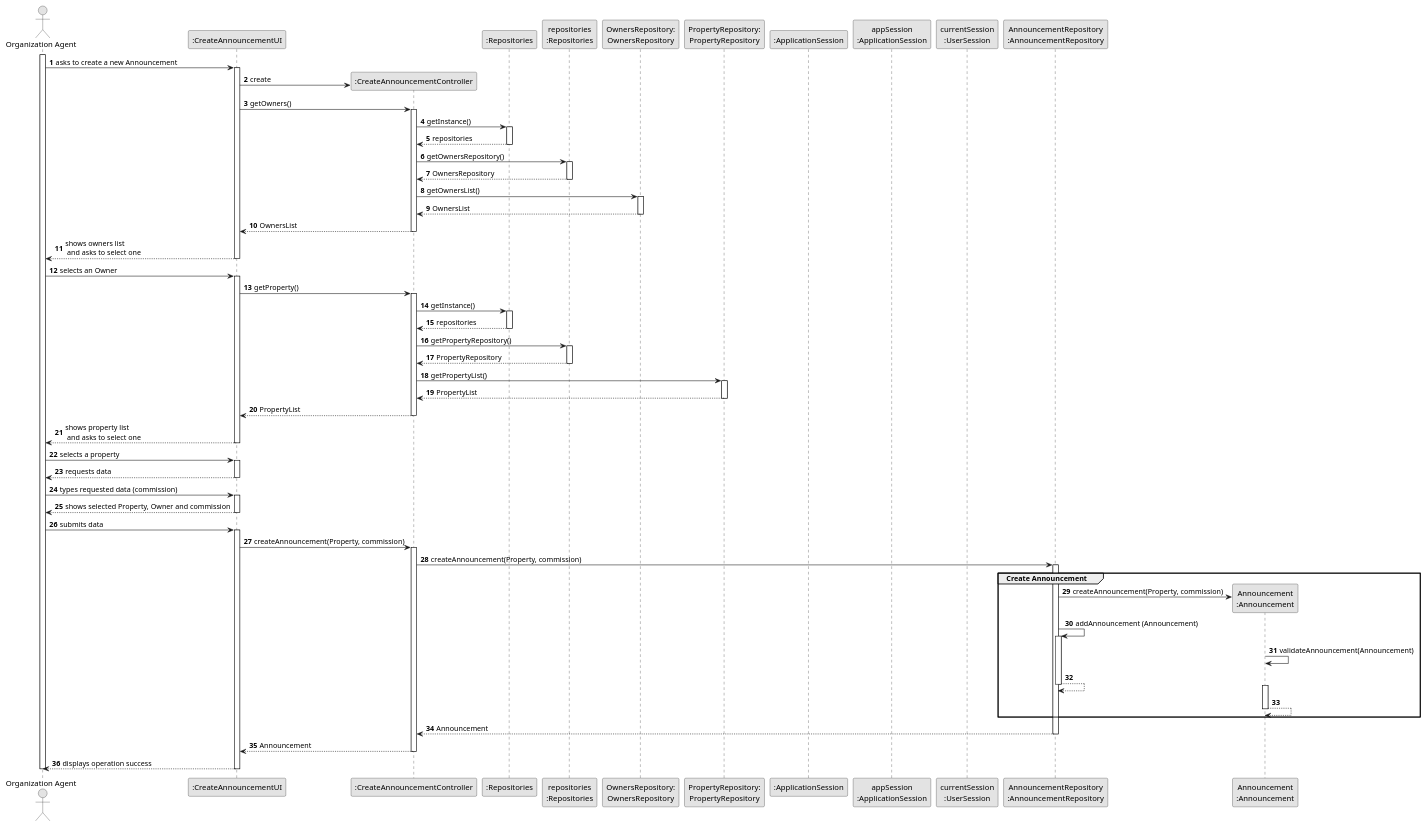
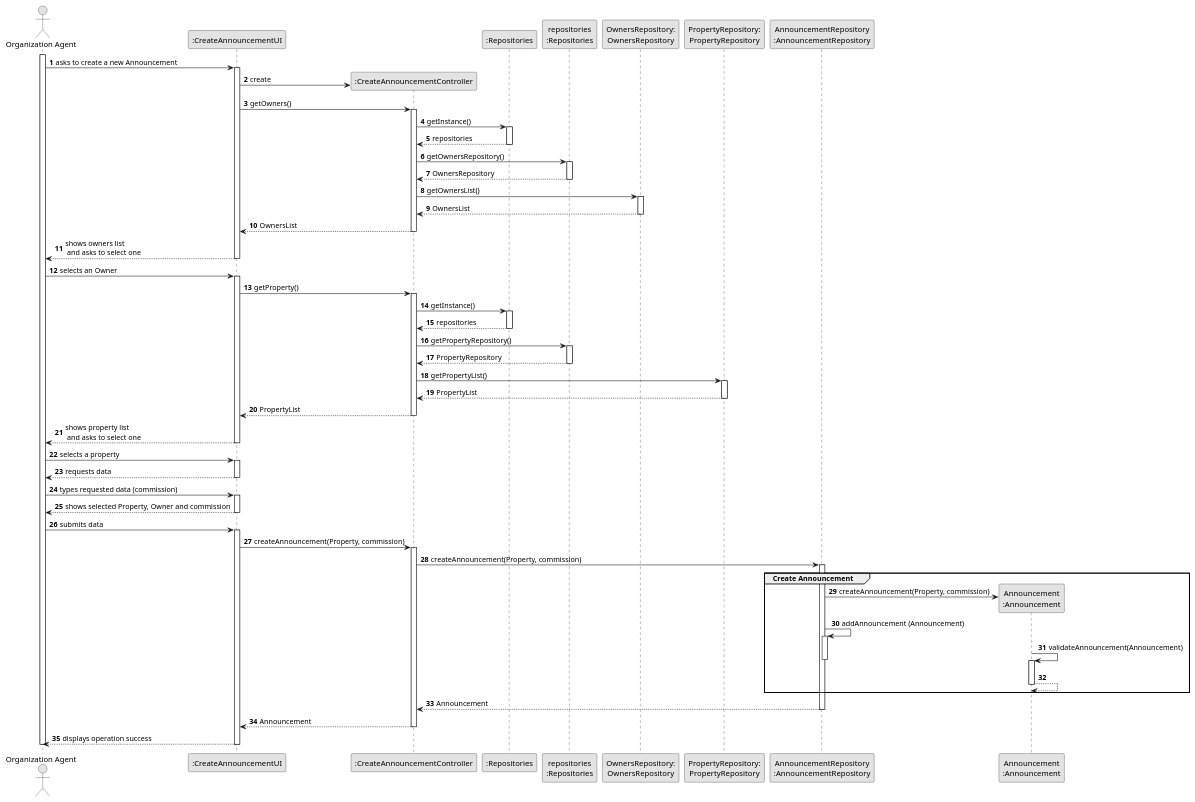
One commit to hugosilva2901/lei-22-s2-1DO-g68 changed the diagram in lei-22-s2-1do-g68/docs/SprintB/us002/03.design/puml/us002-sequence-diagram-full.puml. Above: the diagram before and after it, drawn with PlantUML. The commit also changed 6 other files, not shown here.

```diff
--- a/lei-22-s2-1do-g68/docs/SprintB/us002/03.design/puml/us002-sequence-diagram-full.puml
+++ b/lei-22-s2-1do-g68/docs/SprintB/us002/03.design/puml/us002-sequence-diagram-full.puml
@@ -1,135 +1,133 @@
 @startuml
 skinparam monochrome true
 skinparam packageStyle rectangle
 skinparam shadowing false
 
 autonumber
 
 'hide footbox
 actor "Organization Agent" as ADM
 participant ":CreateAnnouncementUI" as UI
 participant ":CreateAnnouncementController" as CTRL
 participant ":Repositories" as RepositorySingleton
 participant "repositories\n:Repositories" as PLAT
 participant "OwnersRepository:\nOwnersRepository" as TaskCategoryRepository
 participant "PropertyRepository:\nPropertyRepository" as PropertyRepository
-participant ":ApplicationSession" as _APP
-participant "appSession\n:ApplicationSession" as APP
-participant "currentSession\n:UserSession" as SESSAO
 participant "AnnouncementRepository\n:AnnouncementRepository" as ORG
 participant "Announcement\n:Announcement" as TAREFA
 
 activate ADM
 
         ADM -> UI : asks to create a new Announcement
 
         activate UI
 
 '            UI --> ADM : requests data (reference, description,  informal \n description, technical description, duration, cost)
             'create CTRL
             UI -> CTRL** : create
 
             UI -> CTRL : getOwners()
             activate CTRL
 
                 CTRL -> RepositorySingleton : getInstance()
                 activate RepositorySingleton
 
                     RepositorySingleton --> CTRL: repositories
                 deactivate RepositorySingleton
 
                 CTRL -> PLAT : getOwnersRepository()
                 activate PLAT
 
                     PLAT --> CTRL: OwnersRepository
                 deactivate PLAT
 
                 CTRL -> TaskCategoryRepository : getOwnersList()
                 activate TaskCategoryRepository
 
                     TaskCategoryRepository --> CTRL : OwnersList
                 deactivate TaskCategoryRepository
 
                 CTRL --> UI : OwnersList
             deactivate CTRL
 
             UI --> ADM : shows owners list\n and asks to select one
         deactivate UI
 
     ADM -> UI : selects an Owner
     activate UI
 
                 UI -> CTRL : getProperty()
                 activate CTRL
 
                     CTRL -> RepositorySingleton : getInstance()
                     activate RepositorySingleton
 
                         RepositorySingleton --> CTRL: repositories
                     deactivate RepositorySingleton
 
                     CTRL -> PLAT : getPropertyRepository()
                     activate PLAT
 
                         PLAT --> CTRL: PropertyRepository
                     deactivate PLAT
 
                     CTRL -> PropertyRepository : getPropertyList()
                     activate PropertyRepository
 
                         PropertyRepository --> CTRL : PropertyList
                     deactivate PropertyRepository
 
                     CTRL --> UI : PropertyList
                 deactivate CTRL
 
                 UI --> ADM : shows property list\n and asks to select one
             deactivate UI
 
         ADM -> UI : selects a property
         activate UI
 
         UI --> ADM : requests data
     deactivate UI
 
     ADM -> UI : types requested data (commission)
     activate UI
 
         UI --> ADM : shows selected Property, Owner and commission
     deactivate UI
 
     ADM -> UI : submits data
         activate UI
 
             UI -> CTRL : createAnnouncement(Property, commission)
             activate CTRL
 
                 CTRL -> ORG: createAnnouncement(Property, commission)
                 activate ORG
 
                     group Create Announcement
+                        ORG -> TAREFA**: createAnnouncement(Property, commission)
+                        ORG -> ORG: addAnnouncement (Announcement)
 
-                                                 ORG -> TAREFA**: createAnnouncement(Property, commission)
-                                                 ORG -> ORG: addAnnouncement (Announcement)
 
-                                                 activate ORG
-                                                    TAREFA -> TAREFA: validateAnnouncement(Announcement)
-                                                    ORG --> ORG
-                                                 deactivate ORG
+                        activate ORG
+                            TAREFA -> TAREFA: validateAnnouncement(Announcement)
+                        deactivate ORG
 
-                                                 activate TAREFA
-                                                    TAREFA --> TAREFA
-                                                 deactivate TAREFA
+                        activate TAREFA
+                            TAREFA --> TAREFA
+                        deactivate TAREFA
+
+
                     end
 
                     ORG --> CTRL : Announcement
                 deactivate ORG
 
                 CTRL --> UI: Announcement
                 deactivate CTRL
                 UI --> ADM: displays operation success
         deactivate UI
 
     deactivate ADM
 
 @enduml
```
